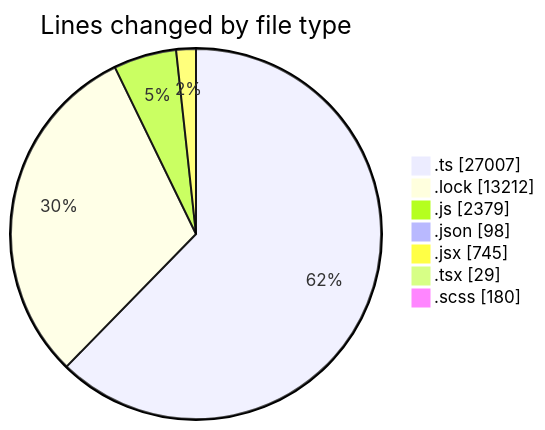
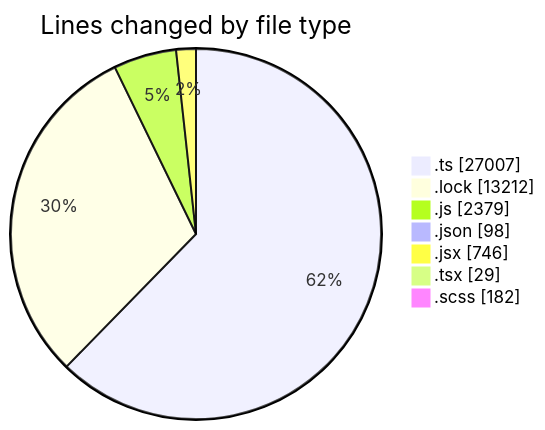
Before and after one commit to momahboobian/code-tracking: the first of 2 diagrams in 2025-05-16/cda/README.md, drawn with Mermaid. The commit also changed other lines of this file and 1 other file, not shown here.

````diff
--- a/2025-05-16/cda/README.md
+++ b/2025-05-16/cda/README.md
@@ -43,11 +43,11 @@
 ```mermaid
 pie showData
 title Lines changed by file type
 ".ts" : 27007
 ".lock" : 13212
 ".js" : 2379
 ".json" : 98
-".jsx" : 745
+".jsx" : 746
 ".tsx" : 29
-".scss" : 180
+".scss" : 182
 ```
````
